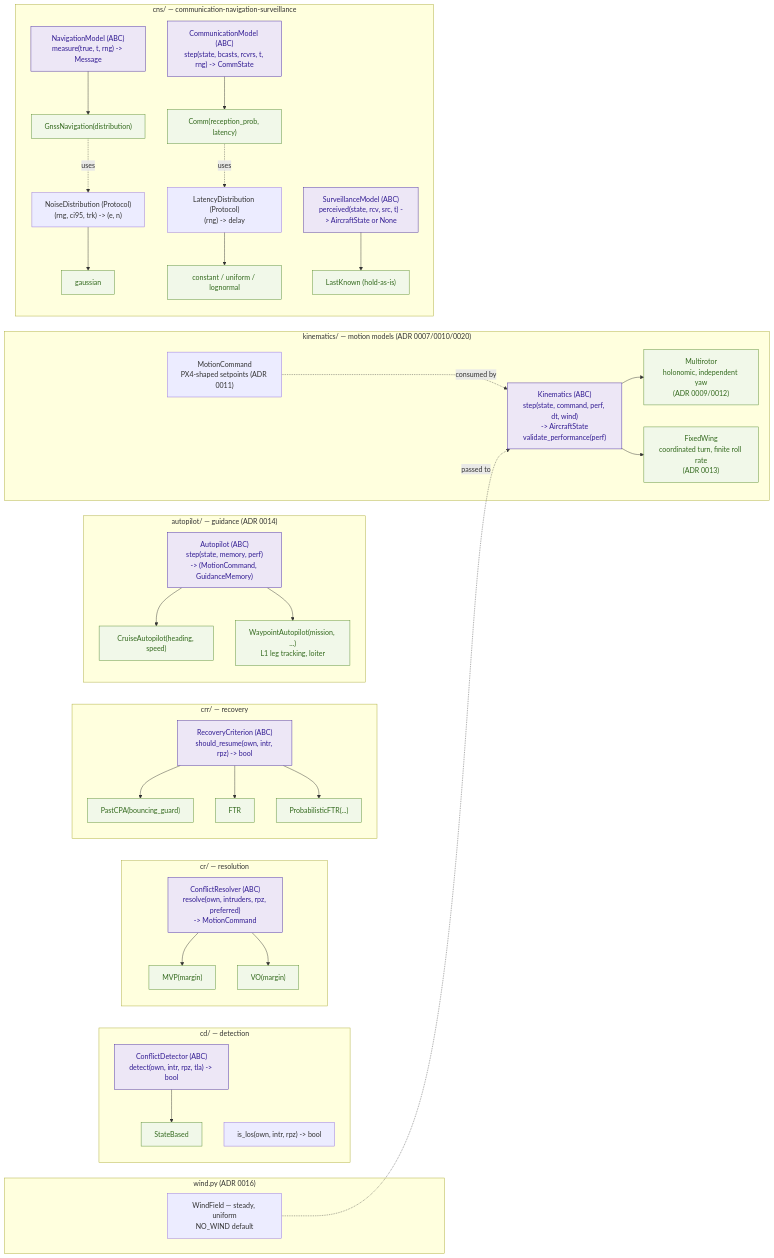
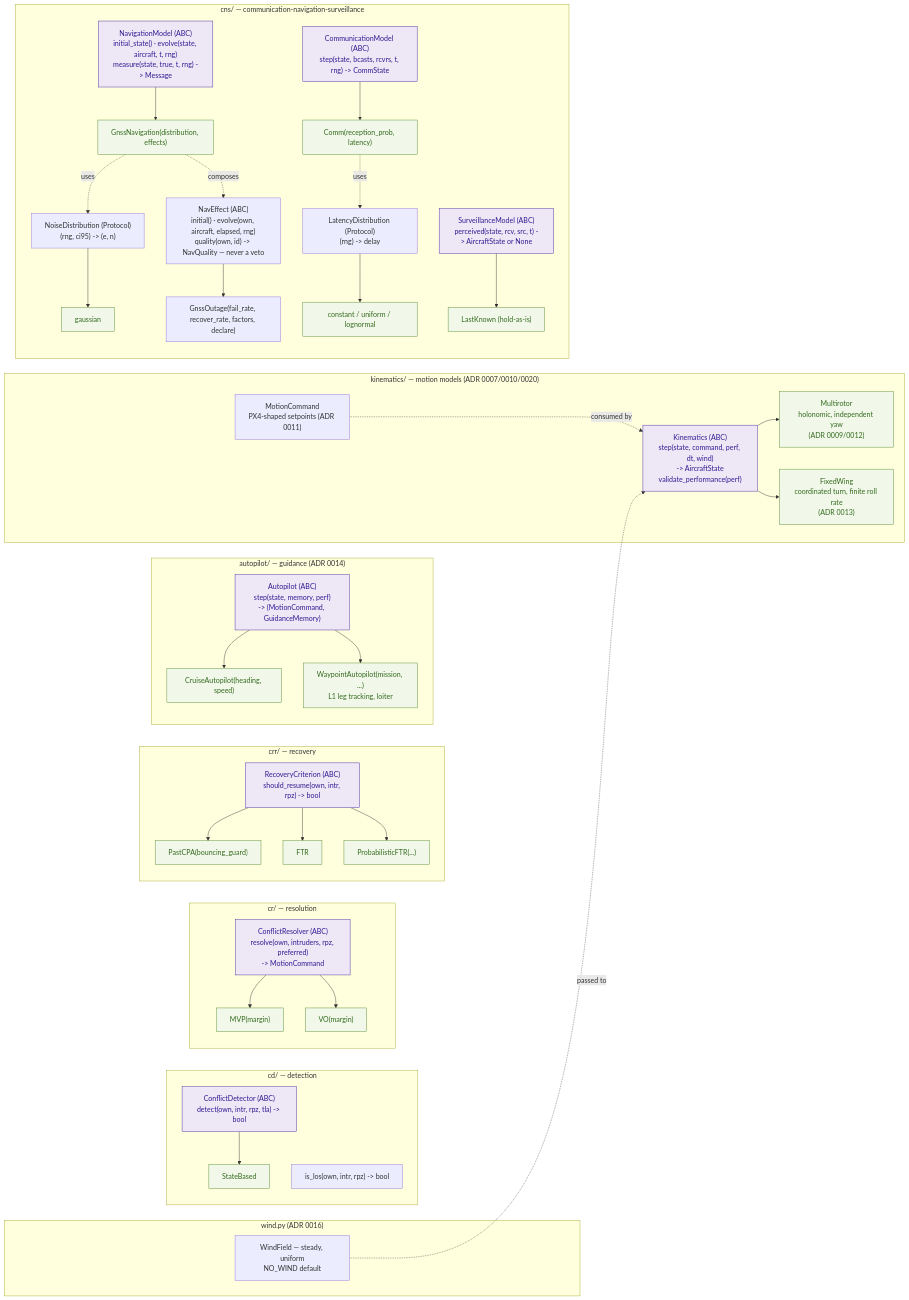
The fourth of 5 diagrams in vault/architecture-dataflow.md (fazlurnu/OpenCDaRR), drawn with Mermaid before and after one commit. The commit also changed other lines of this file and 39 other files, not shown here.

````diff
--- a/vault/architecture-dataflow.md
+++ b/vault/architecture-dataflow.md
@@ -238,55 +239,58 @@
 ```mermaid
 flowchart LR
     subgraph CDf["cd/ — detection"]
         CDABC["ConflictDetector (ABC)<br/>detect(own, intr, rpz, tla) -> bool"]
         SB["StateBased"]
         ISLOS["is_los(own, intr, rpz) -> bool"]
         CDABC --> SB
     end
     subgraph CRf["cr/ — resolution"]
         CRABC["ConflictResolver (ABC)<br/>resolve(own, intruders, rpz, preferred)<br/>-> MotionCommand"]
         CRABC --> MVPn["MVP(margin)"]
         CRABC --> VOn["VO(margin)"]
     end
     subgraph CRRf["crr/ — recovery"]
         CRRABC["RecoveryCriterion (ABC)<br/>should_resume(own, intr, rpz) -> bool"]
         CRRABC --> PC["PastCPA(bouncing_guard)"]
         CRRABC --> FTRn["FTR"]
         CRRABC --> PFTR["ProbabilisticFTR(...)"]
     end
     subgraph DYNf["kinematics/ — motion models (ADR 0007/0010/0020)"]
         DABC["Kinematics (ABC)<br/>step(state, command, perf, dt, wind)<br/>-> AircraftState<br/>validate_performance(perf)"]
         DABC --> MR["Multirotor<br/>holonomic, independent yaw<br/>(ADR 0009/0012)"]
         DABC --> FW["FixedWing<br/>coordinated turn, finite roll rate<br/>(ADR 0013)"]
         MC["MotionCommand<br/>PX4-shaped setpoints (ADR 0011)"]
         MC -. consumed by .-> DABC
     end
     subgraph APf["autopilot/ — guidance (ADR 0014)"]
         APABC["Autopilot (ABC)<br/>step(state, memory, perf)<br/>-> (MotionCommand, GuidanceMemory)"]
         APABC --> CRU["CruiseAutopilot(heading, speed)"]
         APABC --> WPT["WaypointAutopilot(mission, ...)<br/>L1 leg tracking, loiter"]
     end
     subgraph WNDf["wind.py (ADR 0016)"]
         WF["WindField — steady, uniform<br/>NO_WIND default"]
     end
     WF -. passed to .-> DABC
     subgraph CNSf["cns/ — communication-navigation-surveillance"]
-        NAVABC["NavigationModel (ABC)<br/>measure(true, t, rng) -> Message"]
-        NAVABC --> GPS["GnssNavigation(distribution)"]
-        NDP["NoiseDistribution (Protocol)<br/>(rng, ci95, trk) -> (e, n)"]
+        NAVABC["NavigationModel (ABC)<br/>initial_state() · evolve(state, aircraft, t, rng)<br/>measure(state, true, t, rng) -> Message"]
+        NAVABC --> GPS["GnssNavigation(distribution, effects)"]
+        NDP["NoiseDistribution (Protocol)<br/>(rng, ci95) -> (e, n)"]
         NDP --> GAUSS["gaussian"]
         GPS -. uses .-> NDP
+        NEFF["NavEffect (ABC)<br/>initial() · evolve(own, aircraft, elapsed, rng)<br/>quality(own, id) -> NavQuality — never a veto"]
+        NEFF --> GOUT["GnssOutage(fail_rate, recover_rate, factors, declare)"]
+        GPS -. composes .-> NEFF
         COMMABC["CommunicationModel (ABC)<br/>step(state, bcasts, rcvrs, t, rng) -> CommState"]
         COMMABC --> COMMc["Comm(reception_prob, latency)"]
         LDP["LatencyDistribution (Protocol)<br/>(rng) -> delay"]
         LDP --> LATc["constant / uniform / lognormal"]
         COMMc -. uses .-> LDP
         SURVABC["SurveillanceModel (ABC)<br/>perceived(state, rcv, src, t) -> AircraftState or None"]
         SURVABC --> LK["LastKnown (hold-as-is)"]
     end
 
     classDef abc fill:#ede7f6,stroke:#4527a0,color:#311b92
     classDef impl fill:#f1f8e9,stroke:#558b2f,color:#33691e
     class CDABC,CRABC,CRRABC,DABC,APABC,NAVABC,COMMABC,SURVABC abc
     class SB,MVPn,VOn,PC,FTRn,PFTR,MR,FW,CRU,WPT,GPS,GAUSS,COMMc,LATc,LK impl
 ```
````
